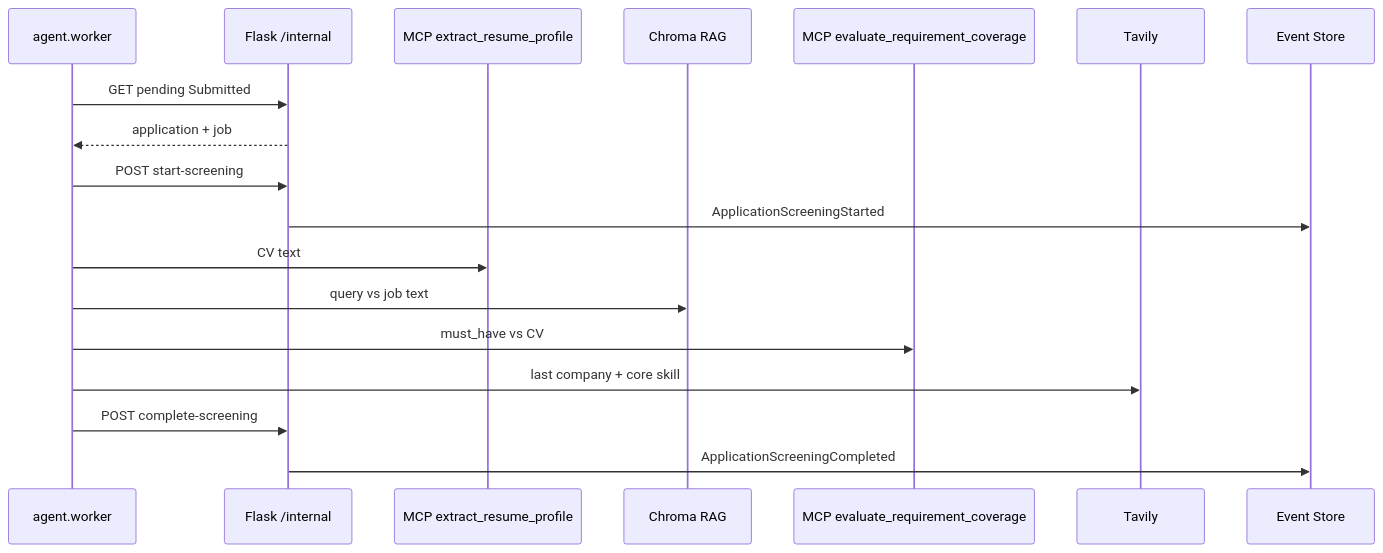
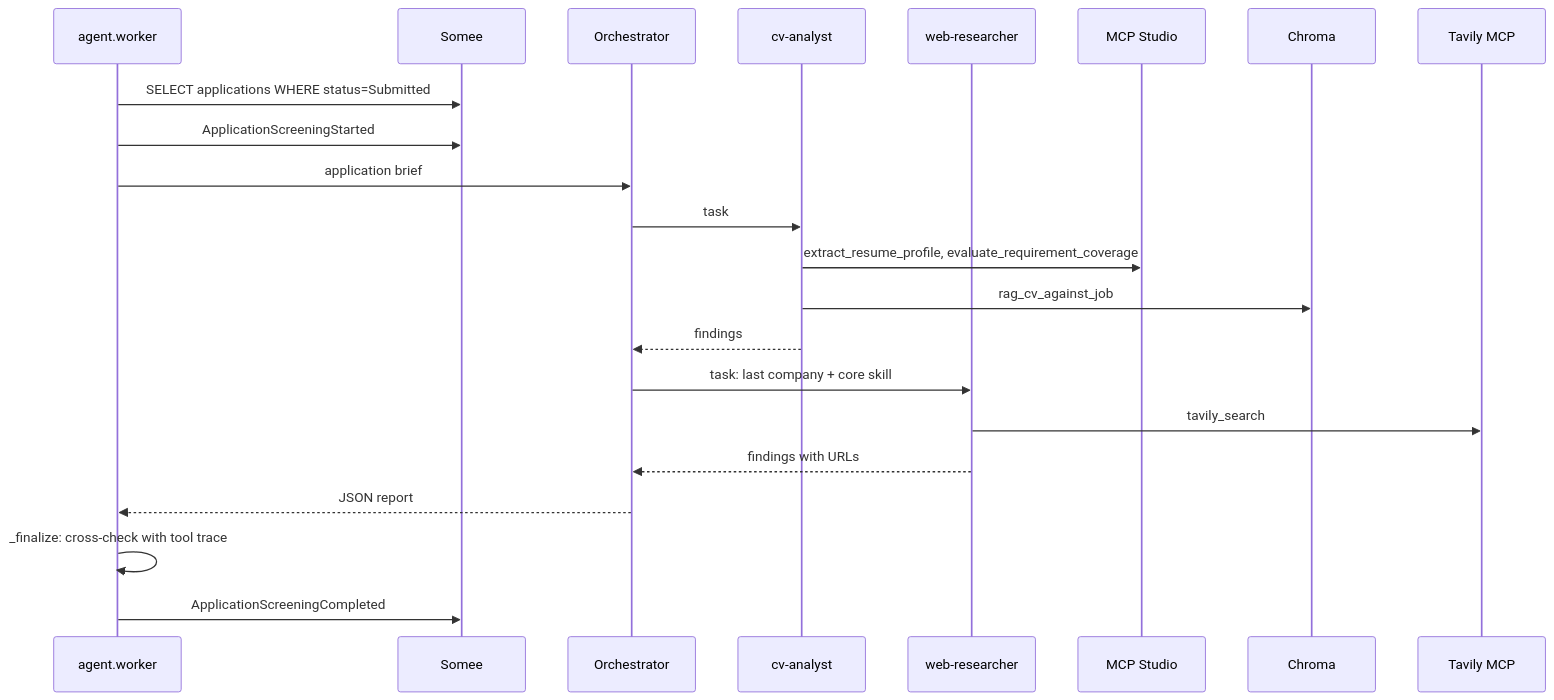
The second of 2 diagrams in docs/02-architecture.md (chanamerzel/AIproject), drawn with Mermaid before and after one commit. The commit also changed other lines of this file and 20 other files, not shown here.

````diff
--- a/docs/02-architecture.md
+++ b/docs/02-architecture.md
@@ -75,20 +76,24 @@
 ```mermaid
 sequenceDiagram
   participant W as agent.worker
-  participant API as Flask /internal
-  participant T1 as MCP extract_resume_profile
-  participant CH as Chroma RAG
-  participant T2 as MCP evaluate_requirement_coverage
-  participant TV as Tavily
-  participant ES as Event Store
-  W->>API: GET pending Submitted
-  API-->>W: application + job
-  W->>API: POST start-screening
-  API->>ES: ApplicationScreeningStarted
-  W->>T1: CV text
-  W->>CH: query vs job text
-  W->>T2: must_have vs CV
-  W->>TV: last company + core skill
-  W->>API: POST complete-screening
-  API->>ES: ApplicationScreeningCompleted
+  participant DB as Somee
+  participant O as Orchestrator
+  participant CA as cv-analyst
+  participant WR as web-researcher
+  participant MS as MCP Studio
+  participant CH as Chroma
+  participant TV as Tavily MCP
+  W->>DB: SELECT applications WHERE status=Submitted
+  W->>DB: ApplicationScreeningStarted
+  W->>O: application brief
+  O->>CA: task
+  CA->>MS: extract_resume_profile, evaluate_requirement_coverage
+  CA->>CH: rag_cv_against_job
+  CA-->>O: findings
+  O->>WR: task: last company + core skill
+  WR->>TV: tavily_search
+  WR-->>O: findings with URLs
+  O-->>W: JSON report
+  W->>W: _finalize: cross-check with tool trace
+  W->>DB: ApplicationScreeningCompleted
 ```
````
